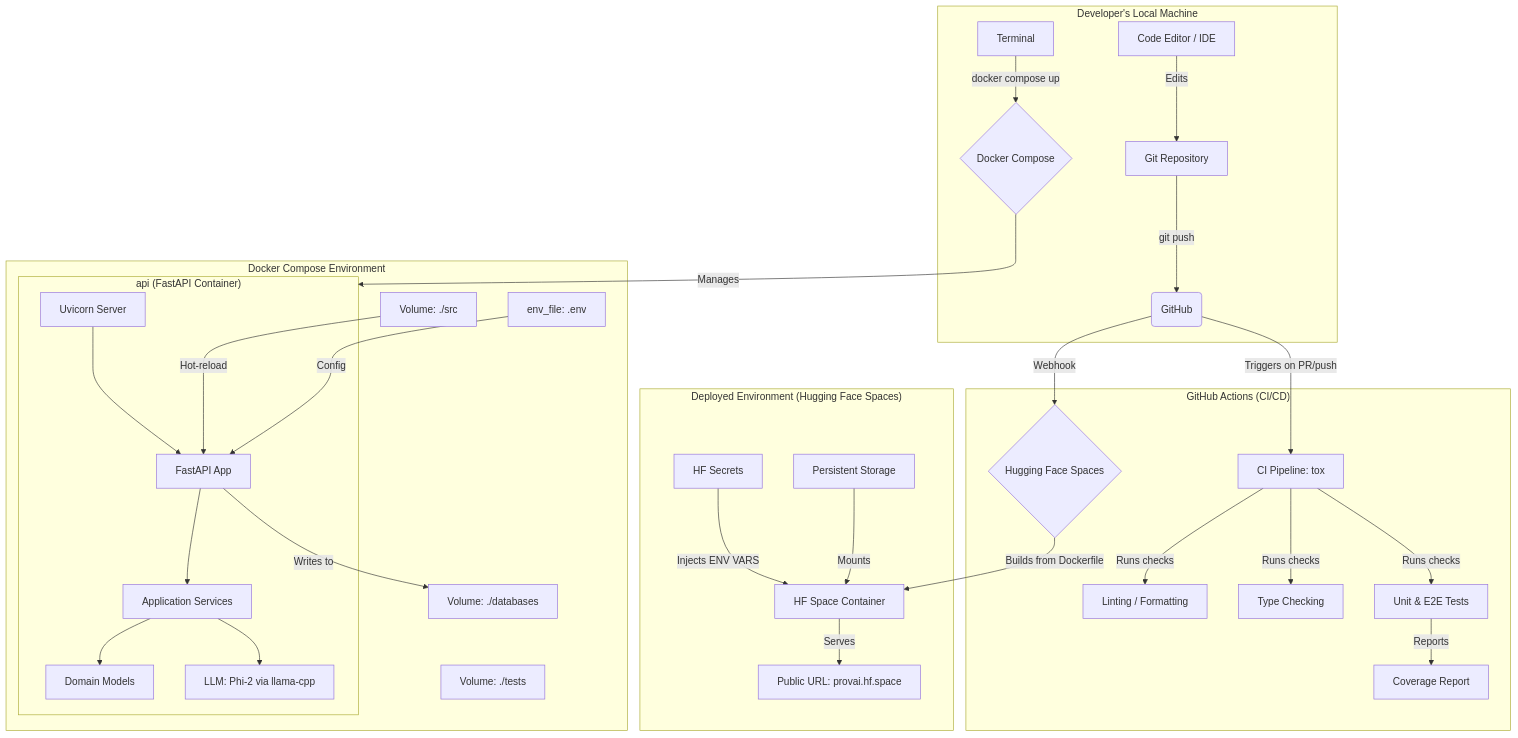
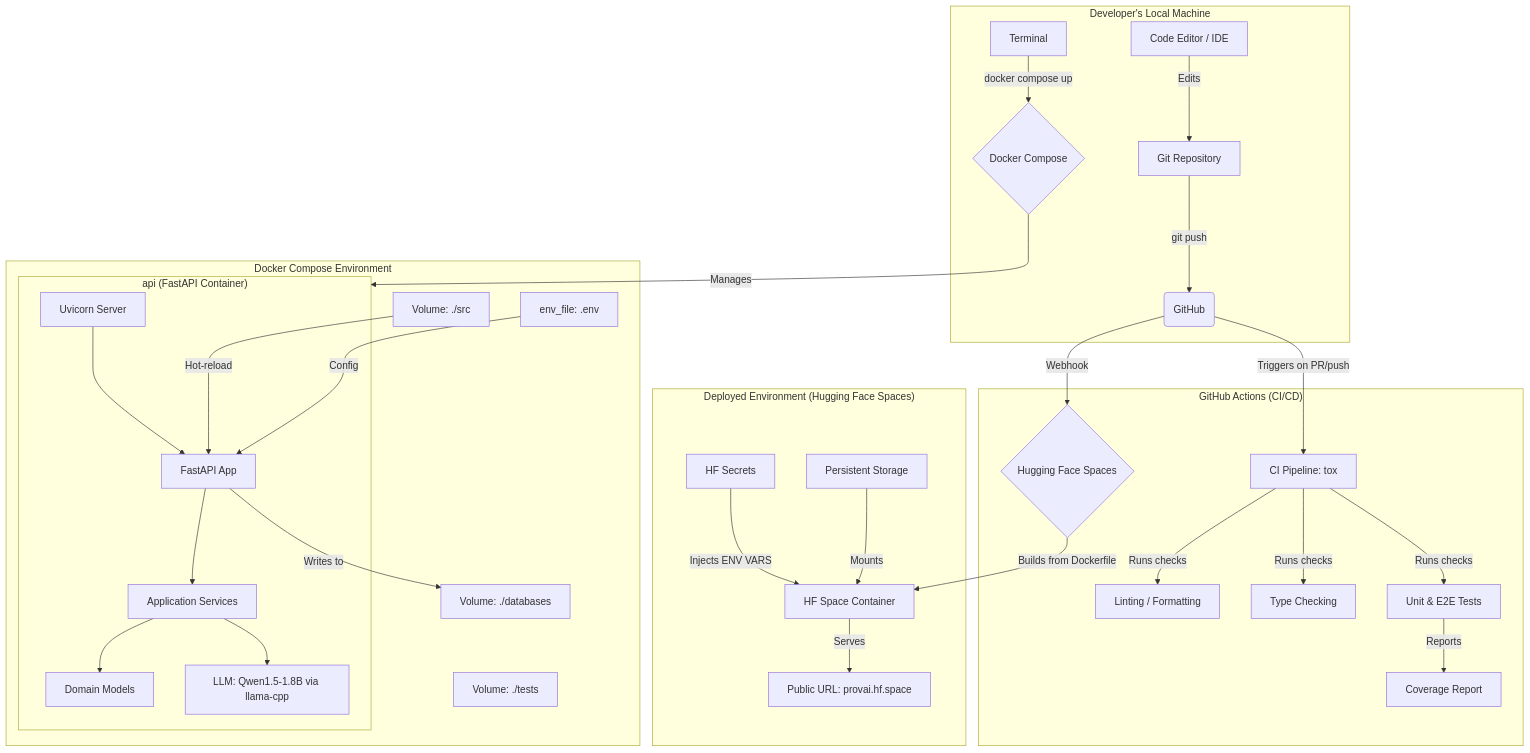
One commit to joelabreurojas/ProVAI changed the diagram in docs/INFRASTRUCTURE.md. Above: the diagram before and after it, drawn with Mermaid. The commit also changed 4 other files, not shown here.

````diff
--- a/docs/INFRASTRUCTURE.md
+++ b/docs/INFRASTRUCTURE.md
@@ -11,50 +11,50 @@
 ```mermaid
 graph TD
     subgraph "Developer's Local Machine"
         A[Git Repository] -- "git push" --> B(GitHub)
         C[Code Editor / IDE] -- "Edits" --> A
         D[Terminal] -- "docker compose up" --> E{Docker Compose}
     end
 
     subgraph "GitHub Actions (CI/CD)"
         B -- "Triggers on PR/push" --> F[CI Pipeline: tox]
         F -- "Runs checks" --> G[Linting / Formatting]
         F -- "Runs checks" --> H[Type Checking]
         F -- "Runs checks" --> I[Unit & E2E Tests]
         I -- "Reports" --> J[Coverage Report]
         B -- "Webhook" --> K{Hugging Face Spaces}
     end
 
     subgraph "Docker Compose Environment"
         subgraph Z["api (FastAPI Container)"]
             L[Uvicorn Server]
             M[FastAPI App]
             N[Application Services]
             O[Domain Models]
-            P[LLM: Phi-2 via llama-cpp]
+            P[LLM: Qwen1.5-1.8B via llama-cpp]
 
             L --> M
             M --> N
             N --> O
             N --> P
         end
 
         Q[Volume: ./src]
         R[Volume: ./databases]
         S[Volume: ./tests]
         T[env_file: .env]
 
         Q -- "Hot-reload" --> M
         T -- "Config" --> M
         M -- "Writes to" --> R
     end
 
     subgraph "Deployed Environment (Hugging Face Spaces)"
         K -- "Builds from Dockerfile" --> U[HF Space Container]
         U -- "Serves" --> V[Public URL: provai.hf.space]
         W[HF Secrets] -- "Injects ENV VARS" --> U
         X[Persistent Storage] -- "Mounts" --> U
     end
 
     E -- "Manages" --> Z
 ```
````
